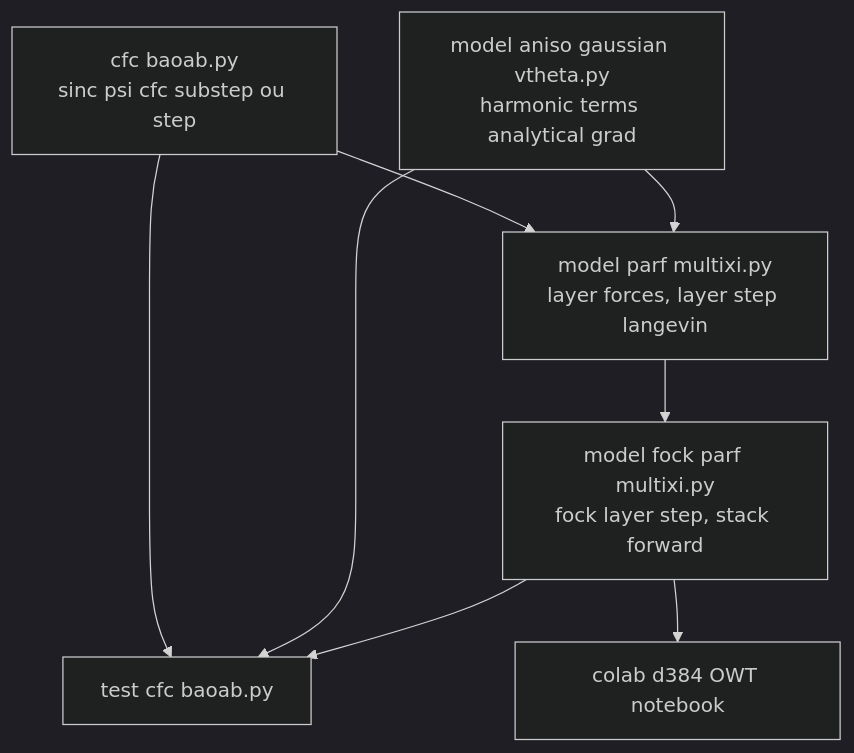
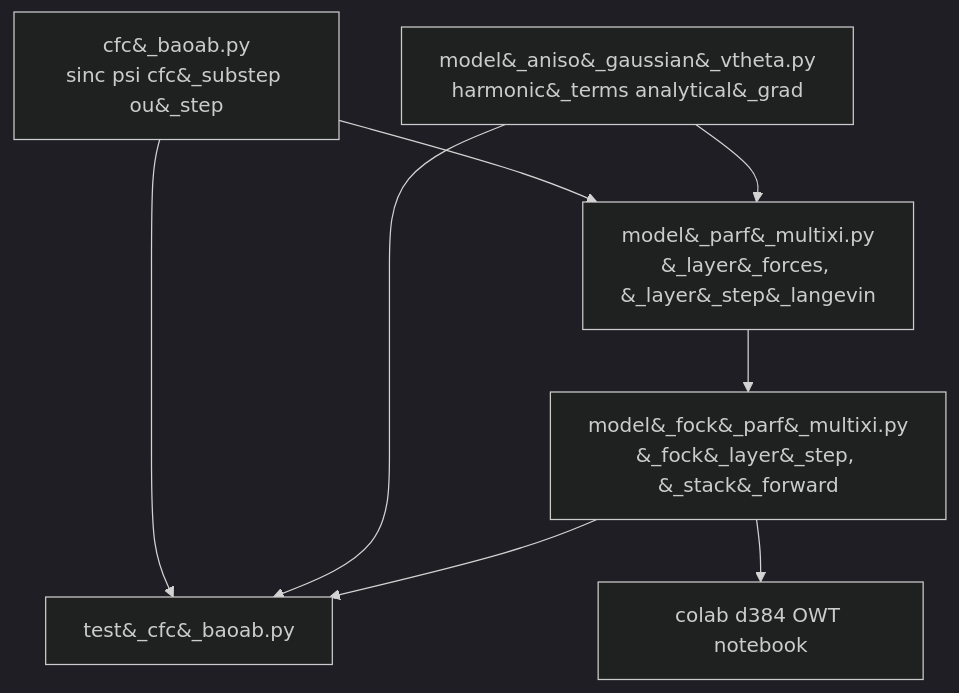
One commit to dimitarpg13/semantic_simulation changed the first of 2 diagrams in docs/BAOAB/PyTorch_Implementation_of_CfC_BAOAB_in_Fock-PARFLM.md. Above: the diagram before and after it, drawn with Mermaid (dark theme). The commit also changed other lines of this file, not shown here.

````diff
--- a/docs/BAOAB/PyTorch_Implementation_of_CfC_BAOAB_in_Fock-PARFLM.md
+++ b/docs/BAOAB/PyTorch_Implementation_of_CfC_BAOAB_in_Fock-PARFLM.md
@@ -87,17 +87,17 @@
 ```mermaid
 flowchart TB
-    cfc["cfc baoab.py<br>sinc psi cfc substep ou step"]
-    aniso["model aniso gaussian vtheta.py<br>harmonic terms analytical grad"]
-    multixi["model parf multixi.py<br>layer forces, layer step langevin"]
-    fock["model fock parf multixi.py<br>fock layer step, stack forward"]
-    tests["test cfc baoab.py"]
+    cfc["cfc&#95;baoab.py<br>sinc psi cfc&#95;substep ou&#95;step"]
+    aniso["model&#95;aniso&#95;gaussian&#95;vtheta.py<br>harmonic&#95;terms analytical&#95;grad"]
+    multixi["model&#95;parf&#95;multixi.py<br>&#95;layer&#95;forces, &#95;layer&#95;step&#95;langevin"]
+    fock["model&#95;fock&#95;parf&#95;multixi.py<br>&#95;fock&#95;layer&#95;step, &#95;stack&#95;forward"]
+    tests["test&#95;cfc&#95;baoab.py"]
     nb["colab d384 OWT notebook"]
 
     cfc --> multixi
     aniso --> multixi
     multixi --> fock
     cfc --> tests
     aniso --> tests
     fock --> tests
     fock --> nb
 ```
````
